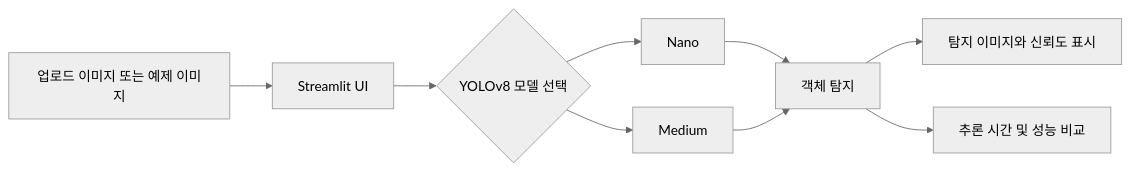
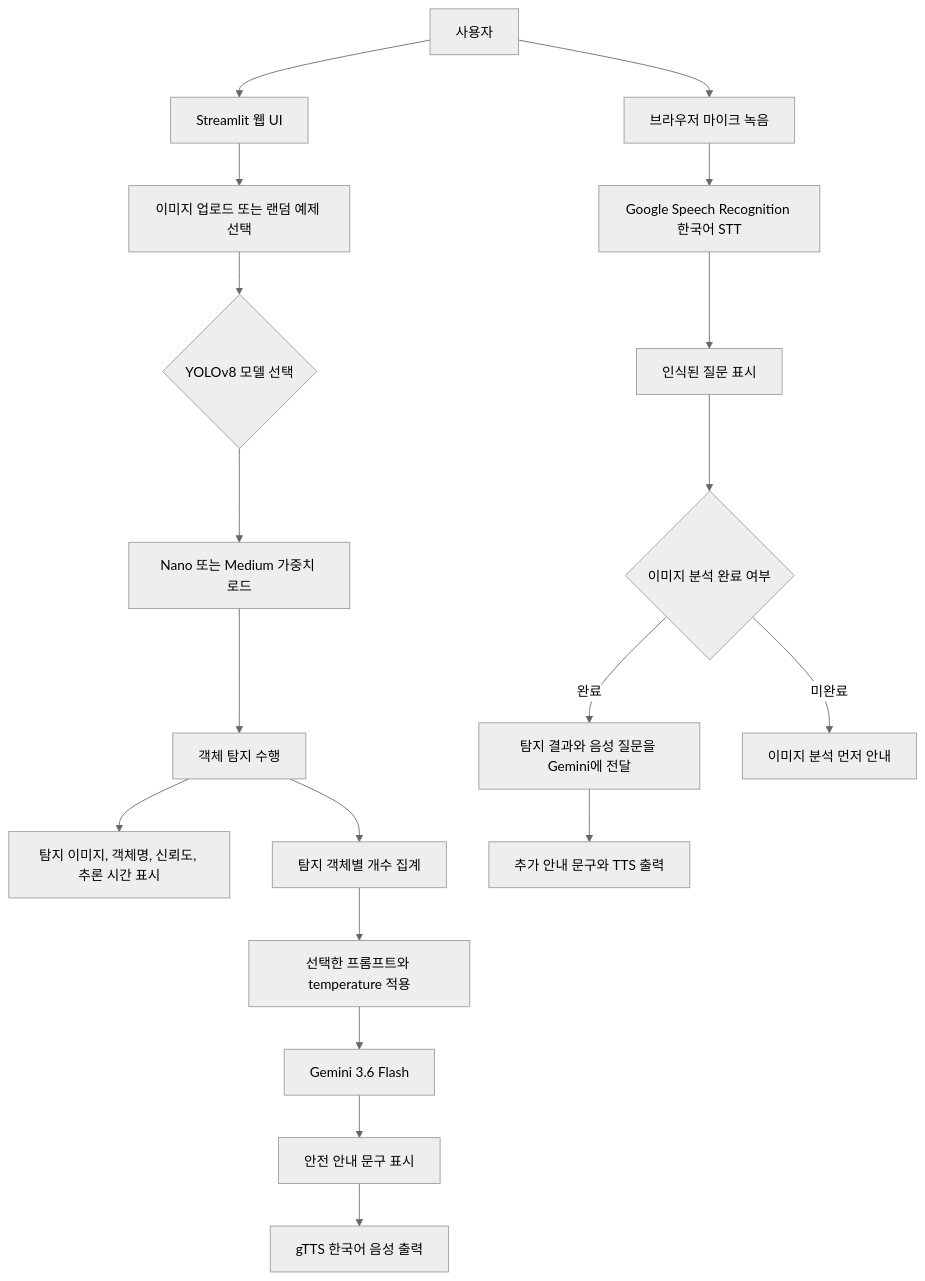
One commit to SungJin-Park530/DLPRJ changed the diagram in README.md. Above: the diagram before and after it, drawn with Mermaid (neutral theme). The commit also changed other lines of this file, not shown here.

````diff
--- a/README.md
+++ b/README.md
@@ -64,11 +73,22 @@
 ```mermaid
-flowchart LR
-    A[업로드 이미지 또는 예제 이미지] --> B[Streamlit UI]
-    B --> C{YOLOv8 모델 선택}
-    C --> D[Nano]
-    C --> E[Medium]
-    D --> F[객체 탐지]
-    E --> F
-    F --> G[탐지 이미지와 신뢰도 표시]
-    F --> H[추론 시간 및 성능 비교]
+flowchart TD
+    A[사용자] --> B[Streamlit 웹 UI]
+    B --> C[이미지 업로드 또는 랜덤 예제 선택]
+    C --> D{YOLOv8 모델 선택}
+    D --> E[Nano 또는 Medium 가중치 로드]
+    E --> F[객체 탐지 수행]
+    F --> G[탐지 이미지, 객체명, 신뢰도, 추론 시간 표시]
+    F --> H[탐지 객체별 개수 집계]
+    H --> I[선택한 프롬프트와 temperature 적용]
+    I --> J[Gemini 3.6 Flash]
+    J --> K[안전 안내 문구 표시]
+    K --> L[gTTS 한국어 음성 출력]
+
+    A --> M[브라우저 마이크 녹음]
+    M --> N[Google Speech Recognition 한국어 STT]
+    N --> O[인식된 질문 표시]
+    O --> P{이미지 분석 완료 여부}
+    P -->|완료| Q[탐지 결과와 음성 질문을 Gemini에 전달]
+    P -->|미완료| R[이미지 분석 먼저 안내]
+    Q --> S[추가 안내 문구와 TTS 출력]
 ```
````
